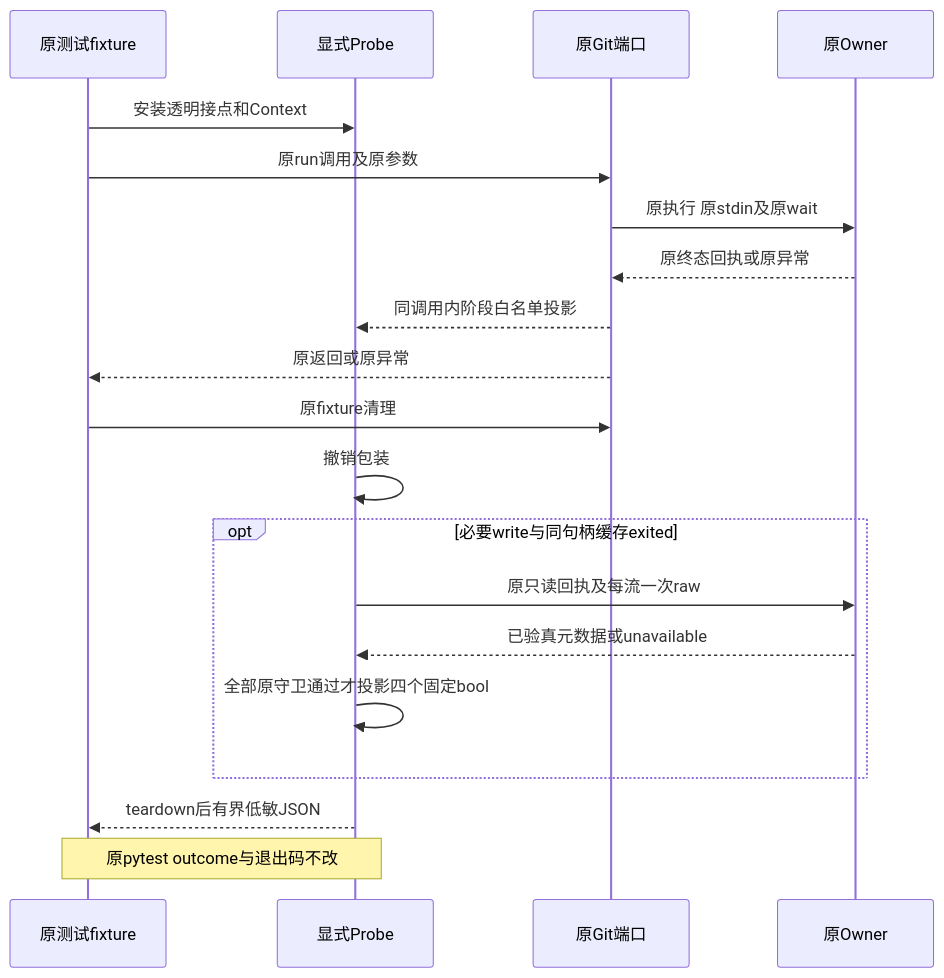
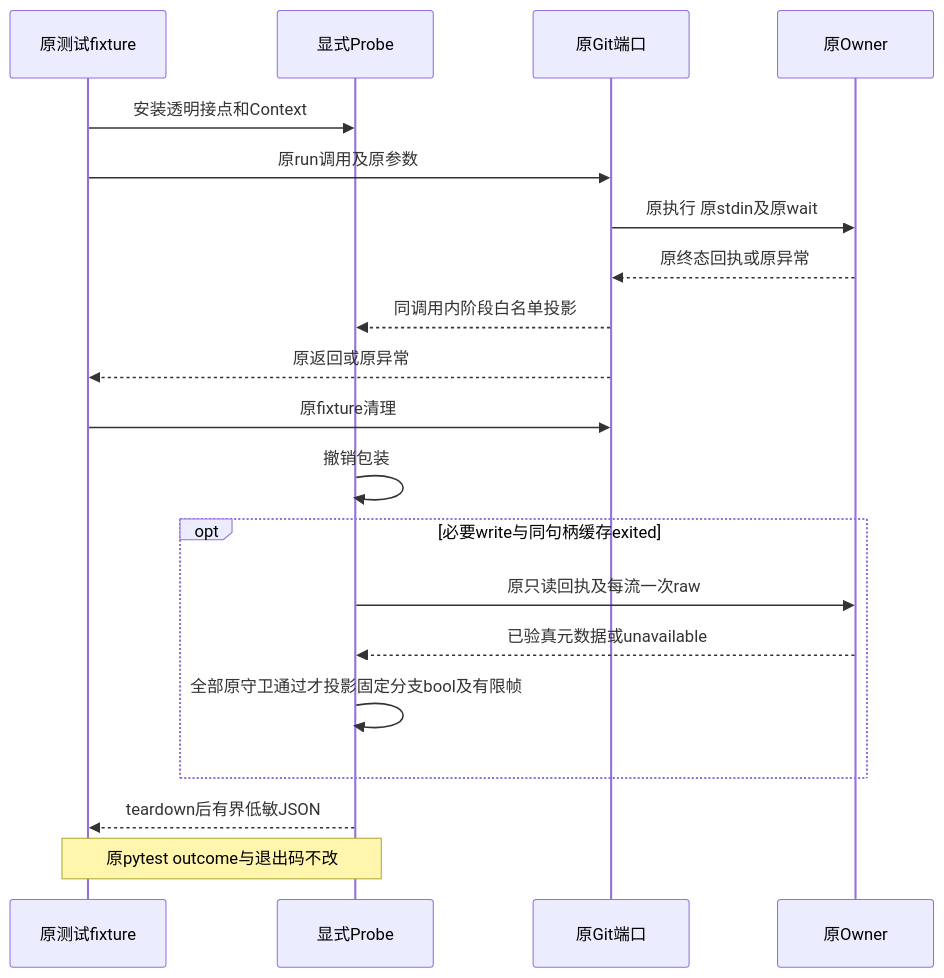
The third of 4 diagrams in docs/changes/m09-r4-windows-minimum-commit-probe.md (carrie1988/Harnessix), drawn with Mermaid before and after one commit. The commit also changed other lines of this file and 18 other files, not shown here.

````diff
--- a/docs/changes/m09-r4-windows-minimum-commit-probe.md
+++ b/docs/changes/m09-r4-windows-minimum-commit-probe.md
@@ -151,22 +152,22 @@
 ```mermaid
 sequenceDiagram
   participant T as 原测试fixture
   participant P as 显式Probe
   participant G as 原Git端口
   participant O as 原Owner
   T->>P: 安装透明接点和Context
   T->>G: 原run调用及原参数
   G->>O: 原执行 原stdin及原wait
   O-->>G: 原终态回执或原异常
   G-->>P: 同调用内阶段白名单投影
   G-->>T: 原返回或原异常
   T->>G: 原fixture清理
   P->>P: 撤销包装
   opt 必要write与同句柄缓存exited
     P->>O: 原只读回执及每流一次raw
     O-->>P: 已验真元数据或unavailable
-    P->>P: 全部原守卫通过才投影四个固定bool
+    P->>P: 全部原守卫通过才投影固定分支bool及有限帧
   end
   P-->>T: teardown后有界低敏JSON
   Note over T,P: 原pytest outcome与退出码不改
 ```
````
